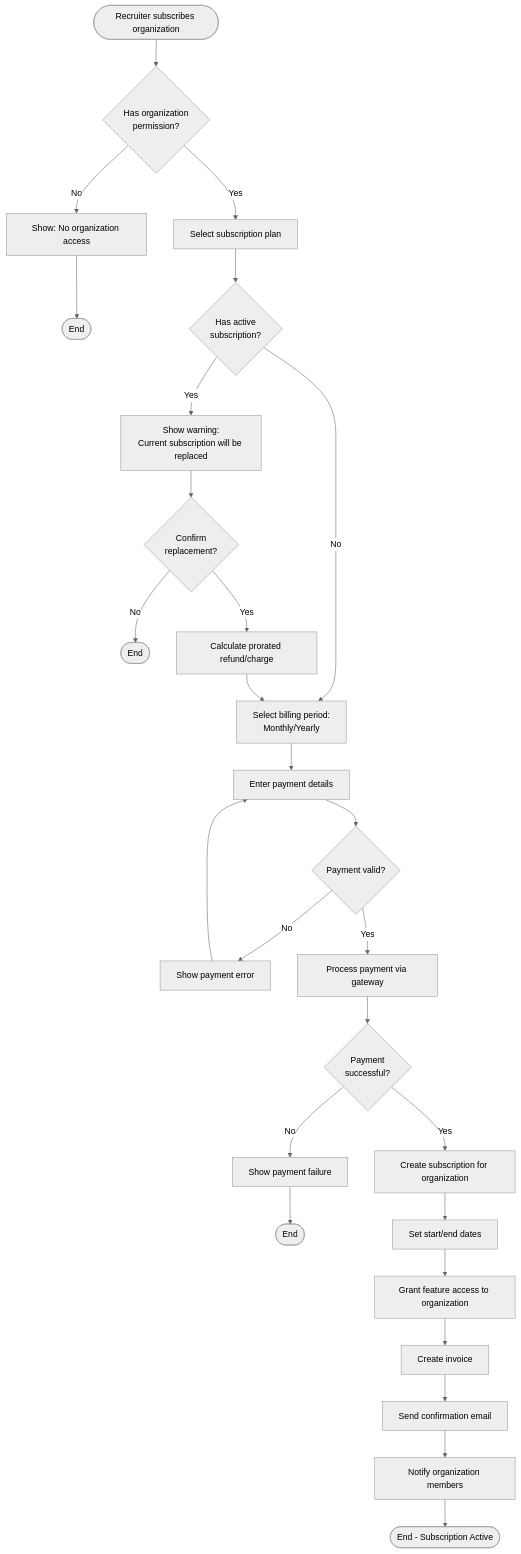
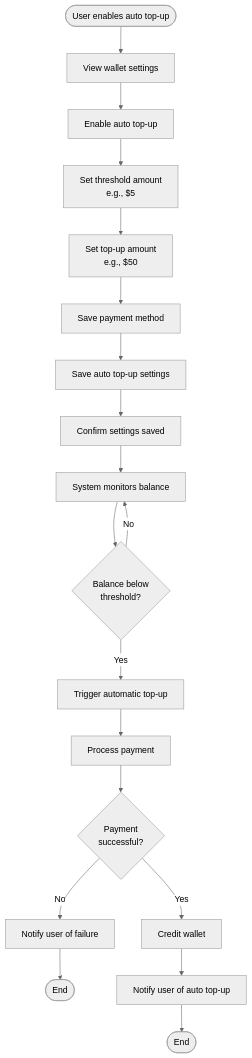
Before and after one commit to duythong28/connect-career-be: the fifth of 12 diagrams in services/connect-career-be/docs/subscription.md, drawn with Mermaid (neutral theme). The commit also changed other lines of this file and 49 other files, not shown here.

Commit message:
feat: implement Pay-As-You-Go wallet system with user wallet management, payment processing, and transaction tracking, including new services, controllers, and DTOs

````diff
--- a/services/connect-career-be/docs/subscription.md
+++ b/services/connect-career-be/docs/subscription.md
@@ -1574,37 +755,24 @@
 ```mermaid
 flowchart TD
-    Start([Recruiter subscribes organization]) --> CheckOrg{Has organization<br/>permission?}
-    CheckOrg -->|No| NoPermission[Show: No organization access]
-    NoPermission --> End1([End])
+    Start([User enables auto top-up]) --> ViewSettings[View wallet settings]
+    ViewSettings --> EnableAutoTopUp[Enable auto top-up]
+    EnableAutoTopUp --> SetThreshold[Set threshold amount<br/>e.g., $5]
+    SetThreshold --> SetTopUpAmount[Set top-up amount<br/>e.g., $50]
+    SetTopUpAmount --> SavePaymentMethod[Save payment method]
+    SavePaymentMethod --> SaveSettings[Save auto top-up settings]
+    SaveSettings --> ConfirmSettings[Confirm settings saved]
+    ConfirmSettings --> MonitorBalance[System monitors balance]
 
-    CheckOrg -->|Yes| SelectPlan[Select subscription plan]
-    SelectPlan --> CheckExisting{Has active<br/>subscription?}
-
-    CheckExisting -->|Yes| ShowWarning[Show warning:<br/>Current subscription will be replaced]
-    ShowWarning --> ConfirmReplace{Confirm<br/>replacement?}
-    ConfirmReplace -->|No| End2([End])
-    ConfirmReplace -->|Yes| CalculateProration[Calculate prorated refund/charge]
-
-    CheckExisting -->|No| SelectBilling[Select billing period:<br/>Monthly/Yearly]
-
-    CalculateProration --> SelectBilling
-    SelectBilling --> EnterPayment[Enter payment details]
-    EnterPayment --> ValidatePayment{Payment valid?}
-
-    ValidatePayment -->|No| ShowError[Show payment error]
-    ShowError --> EnterPayment
-
-    ValidatePayment -->|Yes| ProcessPayment[Process payment via gateway]
+    MonitorBalance --> CheckBalance{Balance below<br/>threshold?}
+    CheckBalance -->|No| MonitorBalance
+    CheckBalance -->|Yes| TriggerTopUp[Trigger automatic top-up]
+    TriggerTopUp --> ProcessPayment[Process payment]
     ProcessPayment --> PaymentSuccess{Payment<br/>successful?}
 
-    PaymentSuccess -->|No| ShowFailure[Show payment failure]
-    ShowFailure --> End3([End])
+    PaymentSuccess -->|No| NotifyFailure[Notify user of failure]
+    NotifyFailure --> End1([End])
 
-    PaymentSuccess -->|Yes| CreateSubscription[Create subscription for organization]
-    CreateSubscription --> SetDates[Set start/end dates]
-    SetDates --> GrantAccess[Grant feature access to organization]
-    GrantAccess --> CreateInvoice[Create invoice]
-    CreateInvoice --> SendConfirmation[Send confirmation email]
-    SendConfirmation --> NotifyTeam[Notify organization members]
-    NotifyTeam --> End4([End - Subscription Active])
+    PaymentSuccess -->|Yes| CreditWallet[Credit wallet]
+    CreditWallet --> NotifySuccess[Notify user of auto top-up]
+    NotifySuccess --> End2([End])
 ```
````
